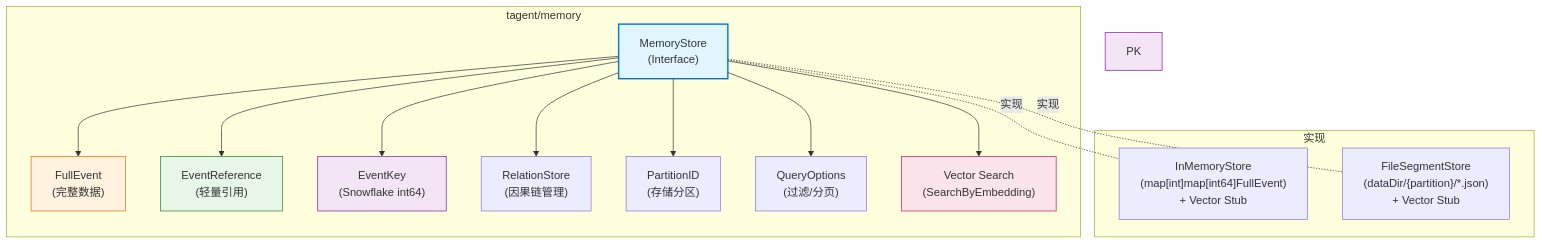
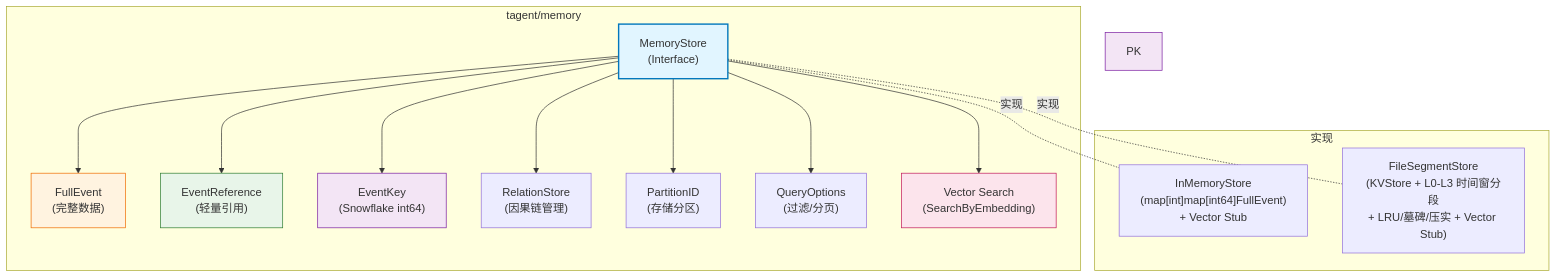
One commit to SpellingDragon/tagent changed the first of 6 diagrams in docs/wiki/memory/memory-architecture.md. Above: the diagram before and after it, drawn with Mermaid. The commit also changed other lines of this file, not shown here.

First line of the commit message:
docs(wiki): memory-architecture accuracy pass — fix stale & false content

````diff
--- a/docs/wiki/memory/memory-architecture.md
+++ b/docs/wiki/memory/memory-architecture.md
@@ -38,36 +38,36 @@
 ```mermaid
 graph TB
     subgraph "tagent/memory"
         MS["MemoryStore\n(Interface)"]
         FE["FullEvent\n(完整数据)"]
         ER["EventReference\n(轻量引用)"]
         EK["EventKey\n(Snowflake int64)"]
         RS["RelationStore\n(因果链管理)"]
         PID["PartitionID\n(存储分区)"]
         QO["QueryOptions\n(过滤/分页)"]
         RAG["Vector Search\n(SearchByEmbedding)"]
     end
 
     subgraph "实现"
         IM["InMemoryStore\n(map[int]map[int64]FullEvent)\n+ Vector Stub"]
-        FB["FileSegmentStore\n(dataDir/{partition}/*.json)\n+ Vector Stub"]
+        FB["FileSegmentStore\n(KVStore + L0-L3 时间窗分段\n+ LRU/墓碑/压实 + Vector Stub)"]
     end
 
     MS --> FE
     MS --> ER
     MS --> EK
     MS --> RS
     MS --> PID
     MS --> QO
     MS --> RAG
 
     MS -.-|"实现"| IM
     MS -.-|"实现"| FB
 
     style MS fill:#e1f5ff,stroke:#0277bd,stroke-width:2px
     style FE fill:#fff3e0,stroke:#ef6c00
     style ER fill:#e8f5e9,stroke:#2e7d32
     style EK fill:#f3e5f5,stroke:#7b1fa2
     style PK fill:#f3e5f5,stroke:#7b1fa2
     style RAG fill:#fce4ec,stroke:#c2185b
 ```
````
